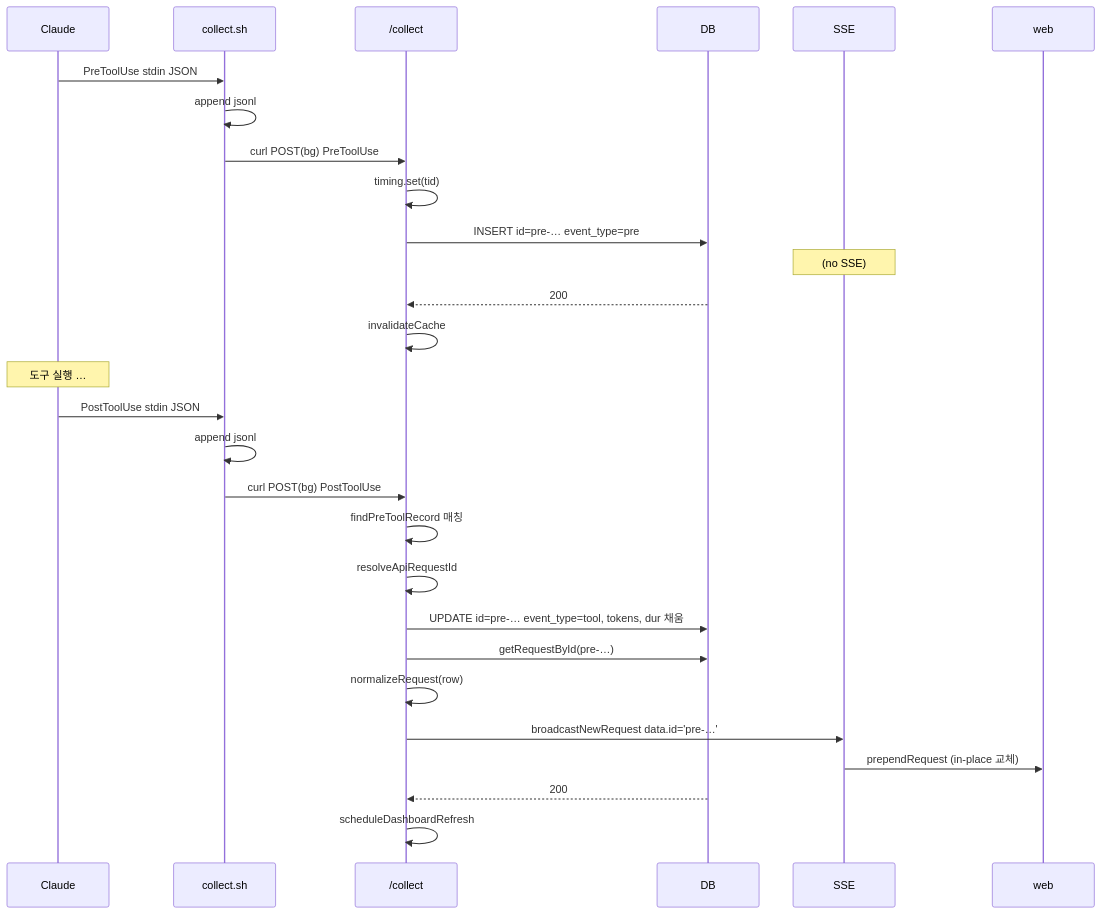
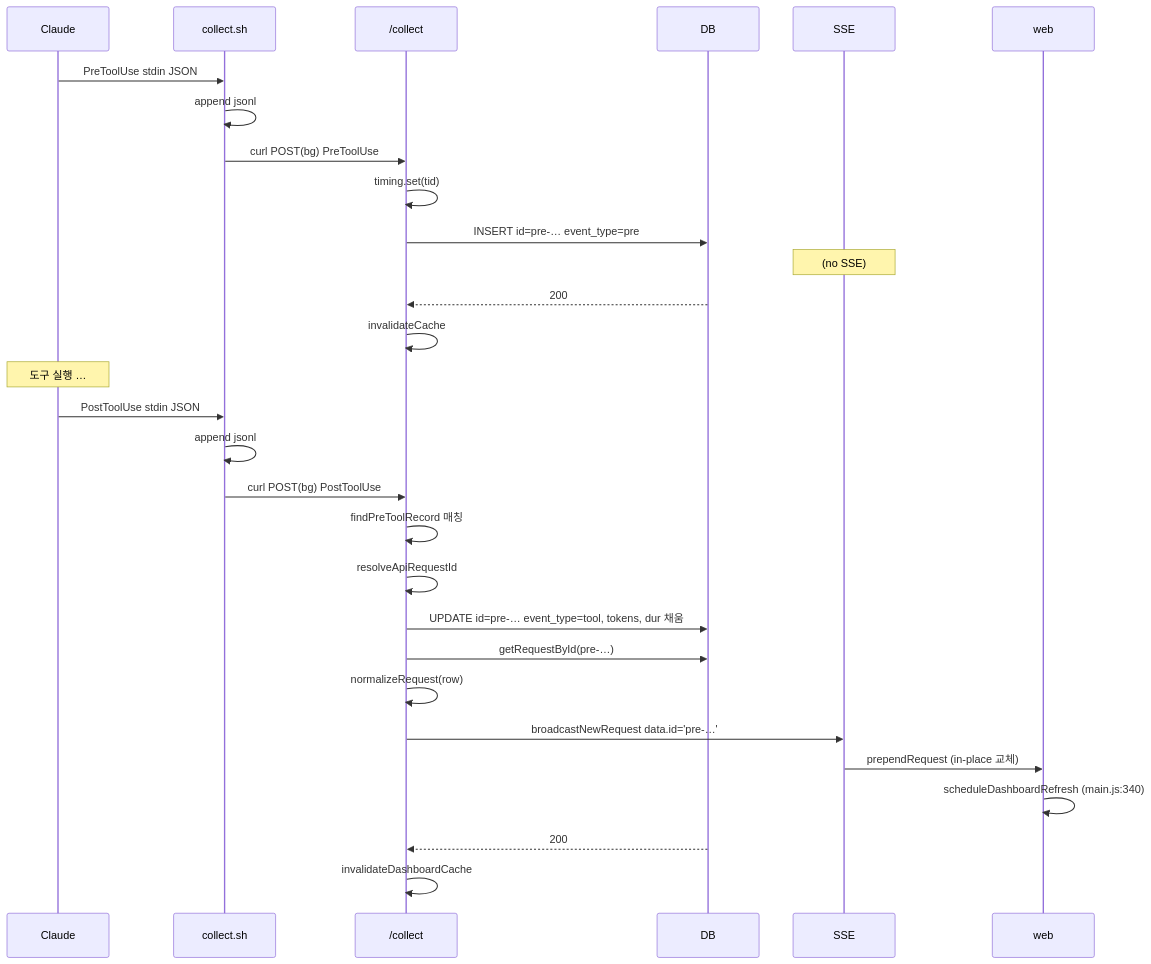
Before and after one commit to gmoon92/claude-spyglass: the third of 4 diagrams in docs/architecture/data-flow.md, drawn with Mermaid. The commit also changed other lines of this file and 23 other files, not shown here.

First line of the commit message:
docs(architecture): 아키텍처 문서·README 소스 기준 현행화

````diff
--- a/docs/architecture/data-flow.md
+++ b/docs/architecture/data-flow.md
@@ -518,33 +531,34 @@
 ```mermaid
 sequenceDiagram
   participant Claude
   participant collect.sh
   participant collect as /collect
   participant DB
   participant SSE
   participant web
 
   Claude->>collect.sh: PreToolUse stdin JSON
   collect.sh->>collect.sh: append jsonl
   collect.sh->>collect: curl POST(bg) PreToolUse
   collect->>collect: timing.set(tid)
   collect->>DB: INSERT id=pre-… event_type=pre
   Note over SSE: (no SSE)
   DB-->>collect: 200
   collect->>collect: invalidateCache
 
   Note over Claude: 도구 실행 …
 
   Claude->>collect.sh: PostToolUse stdin JSON
   collect.sh->>collect.sh: append jsonl
   collect.sh->>collect: curl POST(bg) PostToolUse
   collect->>collect: findPreToolRecord 매칭
   collect->>collect: resolveApiRequestId
   collect->>DB: UPDATE id=pre-… event_type=tool, tokens, dur 채움
   collect->>DB: getRequestById(pre-…)
   collect->>collect: normalizeRequest(row)
   collect->>SSE: broadcastNewRequest data.id='pre-…'
   SSE->>web: prependRequest (in-place 교체)
+  web->>web: scheduleDashboardRefresh (main.js:340)
   DB-->>collect: 200
-  collect->>collect: scheduleDashboardRefresh
+  collect->>collect: invalidateDashboardCache
 ```
````
